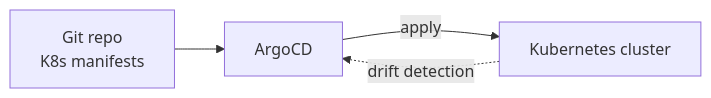
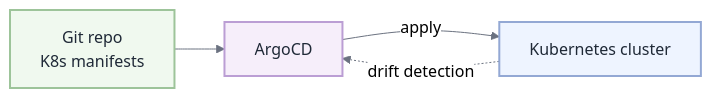
One commit to MishaSytch/middle_java_back changed the second of 7 diagrams in docs/interview/cicd.md. Above: the diagram before and after it, drawn with Mermaid. The commit also changed other lines of this file and 15 other files, not shown here.

````diff
--- a/docs/interview/cicd.md
+++ b/docs/interview/cicd.md
@@ -447,6 +460,13 @@
 ```mermaid
+%%{init: { 'theme': 'neutral', 'themeVariables': { 'primaryColor': '#ffffff', 'primaryTextColor': '#1f2937', 'lineColor': '#6b7280', 'primaryBorderColor': '#d1d5db', 'secondaryColor': '#f3f4f6', 'tertiaryColor': '#e5e7eb' } } }%%
 flowchart LR
     Git[Git repo<br/>K8s manifests] --> Argo[ArgoCD]
     Argo -->|apply| K8s[Kubernetes cluster]
     K8s -.->|drift detection| Argo
+    classDef n0 fill:#f0f9ef,stroke:#9dc49a,stroke-width:2px,color:#1f2937
+    classDef n1 fill:#f6eefa,stroke:#bb9ed4,stroke-width:2px,color:#1f2937
+    classDef n2 fill:#eef4ff,stroke:#93a8d4,stroke-width:2px,color:#1f2937
+    class Git n0
+    class Argo n1
+    class K8s n2
 ```
````
